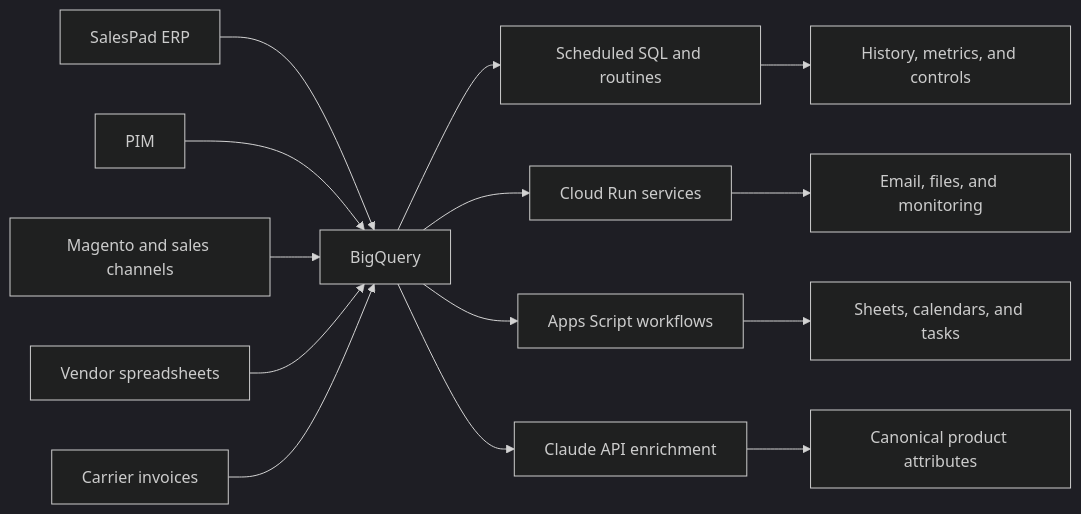
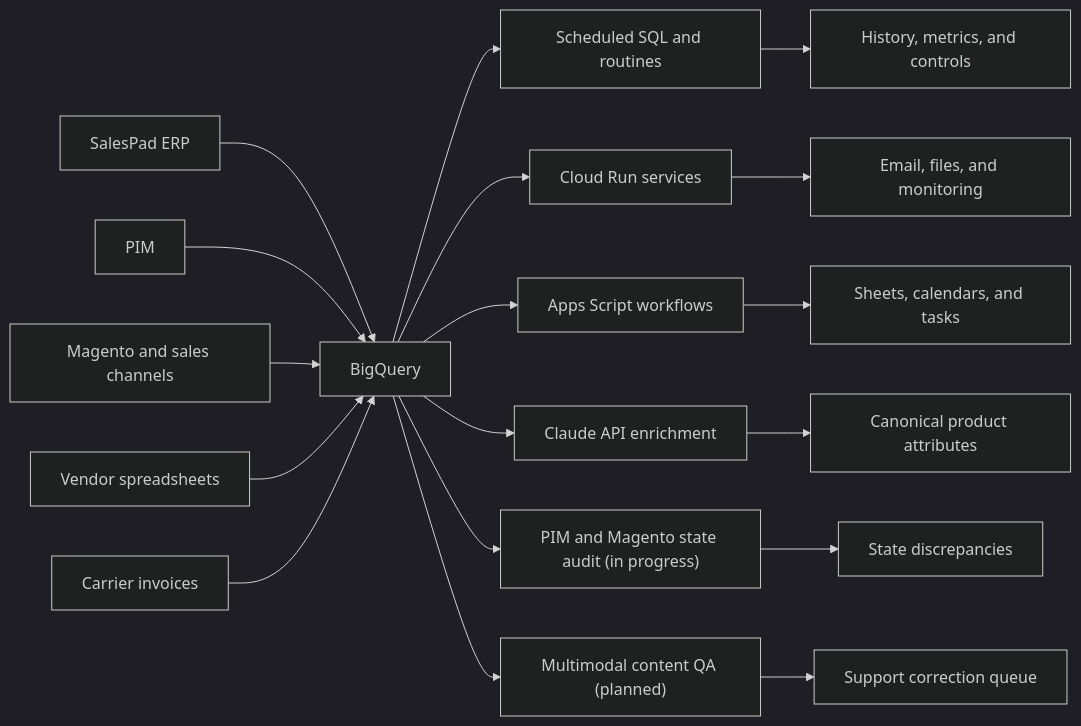
Before and after one commit to willross864/pas-data-platform-portfolio: the diagram in README.md, drawn with Mermaid (dark theme). The commit also changed other lines of this file and 2 other files, not shown here.

Commit message:
Clarify catalog audit and enrichment scope

````diff
--- a/README.md
+++ b/README.md
@@ -29,18 +30,22 @@
 ```mermaid
 flowchart LR
     A[SalesPad ERP] --> B[BigQuery]
     C[PIM] --> B
     D[Magento and sales channels] --> B
     E[Vendor spreadsheets] --> B
     F[Carrier invoices] --> B
 
     B --> G[Scheduled SQL and routines]
     B --> H[Cloud Run services]
     B --> I[Apps Script workflows]
     B --> J[Claude API enrichment]
+    B --> O["PIM and Magento state audit (in progress)"]
+    B --> P["Multimodal content QA (planned)"]
 
     G --> K[History, metrics, and controls]
     H --> L[Email, files, and monitoring]
     I --> M[Sheets, calendars, and tasks]
     J --> N[Canonical product attributes]
+    O --> Q[State discrepancies]
+    P --> R[Support correction queue]
 ```
````
